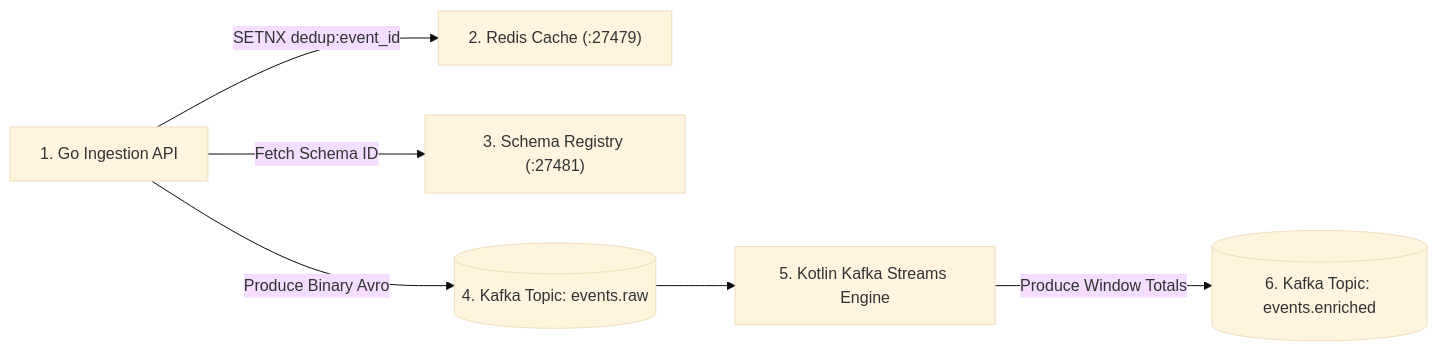
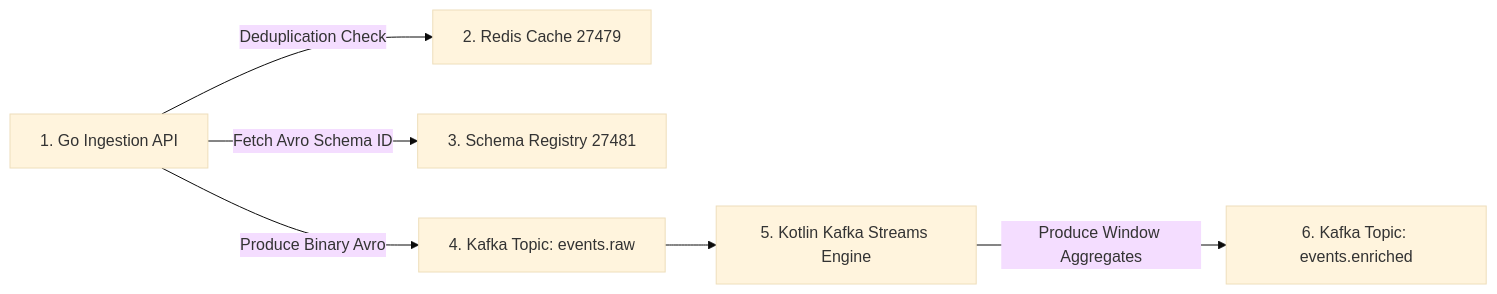
Before and after one commit to Chief-Strategist-J/messaging-pipeline: the second of 5 diagrams in README.md, drawn with Mermaid (base theme). The commit also changed other lines of this file, not shown here.

Commit message:
fix: resolve GitHub Mermaid parser error by removing parens from arrow labels

````diff
--- a/README.md
+++ b/README.md
@@ -51,15 +51,15 @@
 ```mermaid
 flowchart LR
     API["1. Go Ingestion API"]
-    Redis["2. Redis Cache (:27479)"]
-    SchemaReg["3. Schema Registry (:27481)"]
-    TopicRaw[("4. Kafka Topic: events.raw")]
+    Redis["2. Redis Cache 27479"]
+    SchemaReg["3. Schema Registry 27481"]
+    TopicRaw["4. Kafka Topic: events.raw"]
     KStreams["5. Kotlin Kafka Streams Engine"]
-    TopicEnriched[("6. Kafka Topic: events.enriched")]
+    TopicEnriched["6. Kafka Topic: events.enriched"]
 
-    API -->|SETNX dedup:event_id| Redis
-    API -->|Fetch Schema ID| SchemaReg
+    API -->|Deduplication Check| Redis
+    API -->|Fetch Avro Schema ID| SchemaReg
     API -->|Produce Binary Avro| TopicRaw
     TopicRaw --> KStreams
-    KStreams -->|Produce Window Totals| TopicEnriched
+    KStreams -->|Produce Window Aggregates| TopicEnriched
 ```
````
